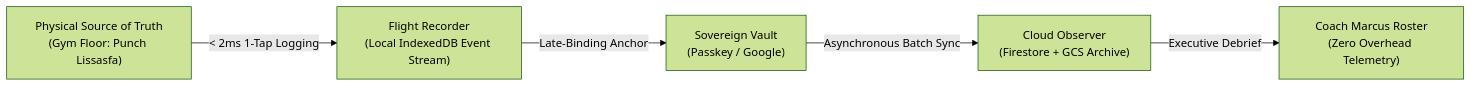
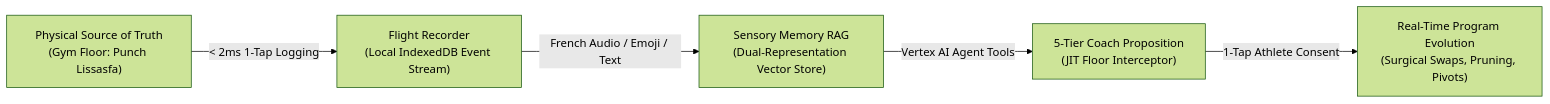
Before and after one commit to aroucadi/vyra: the diagram in docs/architecture/README.md, drawn with Mermaid (forest theme). The commit also changed other lines of this file and 14 other files, not shown here.

Commit message:
feat(ai-coach): implement autonomous self-evolving program agent, real-time ephemeral daily workout adapter, gym vision inventory, and multilingual sensory RAG

````diff
--- a/docs/architecture/README.md
+++ b/docs/architecture/README.md
@@ -15,7 +16,7 @@
 ```mermaid
 flowchart LR
     A["Physical Source of Truth\n(Gym Floor: Punch Lissasfa)"] -->|"< 2ms 1-Tap Logging"| B["Flight Recorder\n(Local IndexedDB Event Stream)"]
-    B -->|"Late-Binding Anchor"| C["Sovereign Vault\n(Passkey / Google)"]
-    C -->|"Asynchronous Batch Sync"| D["Cloud Observer\n(Firestore + GCS Archive)"]
-    D -->|"Executive Debrief"| E["Coach Marcus Roster\n(Zero Overhead Telemetry)"]
+    B -->|"French Audio / Emoji / Text"| C["Sensory Memory RAG\n(Dual-Representation Vector Store)"]
+    C -->|"Vertex AI Agent Tools"| D["5-Tier Coach Proposition\n(JIT Floor Interceptor)"]
+    D -->|"1-Tap Athlete Consent"| E["Real-Time Program Evolution\n(Surgical Swaps, Pruning, Pivots)"]
 ```
````
